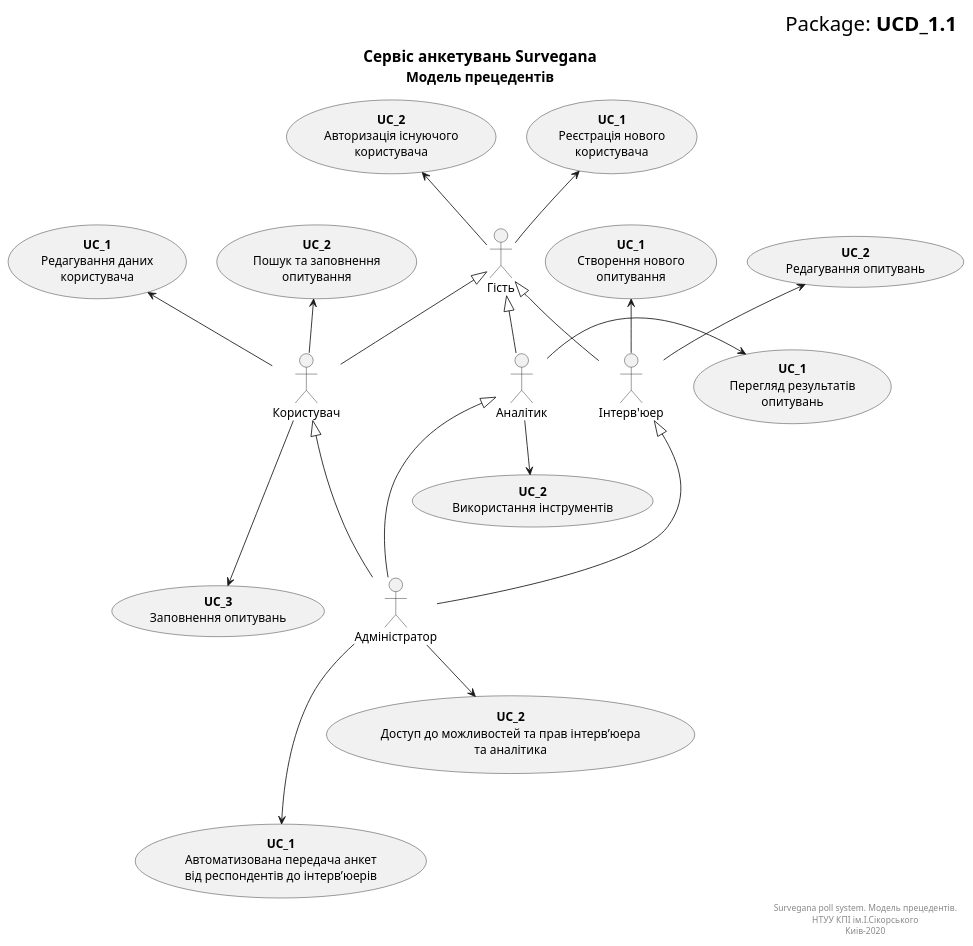
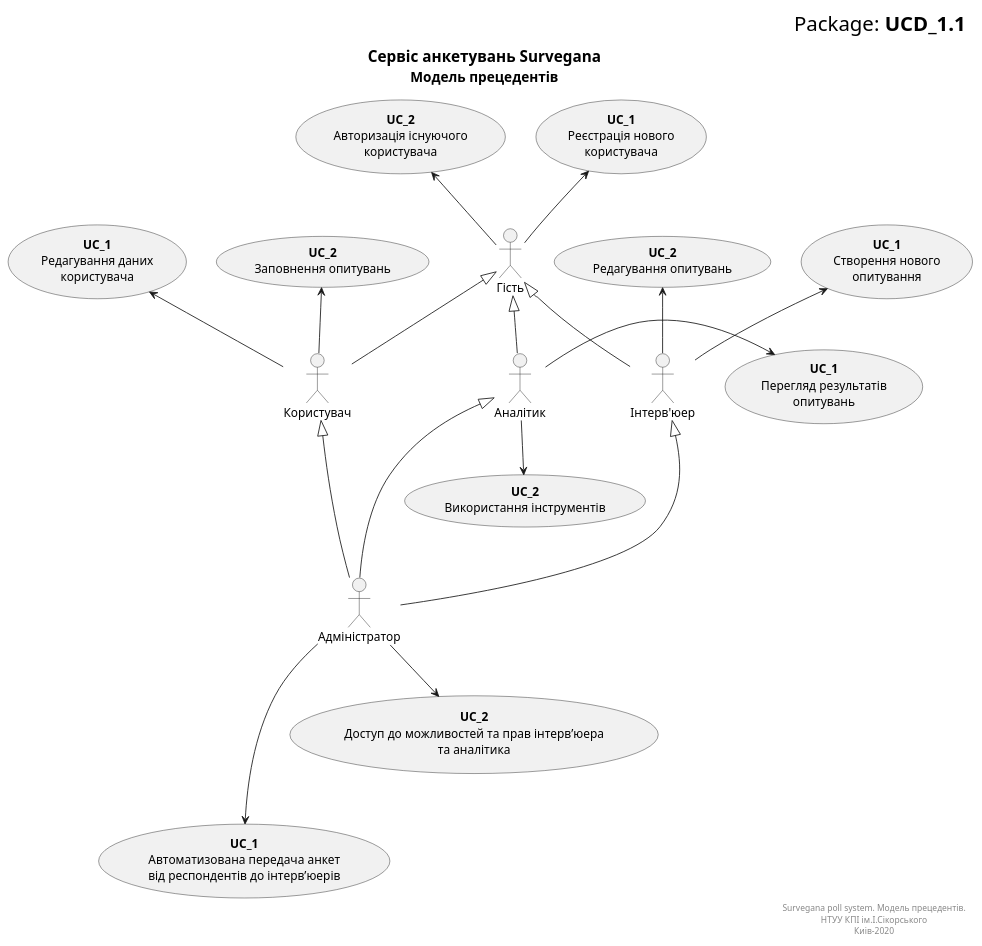
The diagram in src/uml/MainModel.puml (NothingIsMatter/database_basics_template), drawn with PlantUML before and after one commit. The commit also changed 2 other files, not shown here.

```diff
--- a/src/uml/MainModel.puml
+++ b/src/uml/MainModel.puml
@@ -1,70 +1,68 @@
 @startuml
 right header
 <font size=24 color=black>Package: <b>UCD_1.1
 end header
 
 title
 <font size=18 color=black>Сервіс анкетувань Survegana
 <font size=16 color=black>Модель прецедентів
 end title
 
 actor "Гість" as Guest
 actor "Користувач" as User
 actor "Аналітик" as Analyst
 actor "Інтерв'юер" as Interviewer
 actor "Адміністратор" as Admin
 
 ' UCes for Guest:
 usecase "<b>UC_1</b>\nРеєстрація нового\nкористувача" as UC1_Guest
 usecase "<b>UC_2</b>\nАвторизація існуючого\nкористувача" as UC2_Guest
 
 ' UCes for User:
 usecase "<b>UC_1</b>\nРедагування даних\nкористувача" as UC1_User
-usecase "<b>UC_2</b>\nПошук та заповнення\nопитування" as UC2_User
-usecase "<b>UC_3</b>\nЗаповнення опитувань" as UC3_User
+usecase "<b>UC_2</b>\nЗаповнення опитувань" as UC2_User
 
 ' UCes for Analyst:
 usecase "<b>UC_1</b>\nПерегляд результатів\nопитувань" as UC1_Analyst
 usecase "<b>UC_2</b>\nВикористання інструментів" as UC2_Analyst
 
 
 ' UCes for Interviewer:
 usecase "<b>UC_1</b>\nСтворення нового\nопитування" as UC1_Interviewer
 usecase "<b>UC_2</b>\nРедагування опитувань" as UC2_Interviewer
 
 ' UCes for Admin:
 usecase "<b>UC_1</b>\nАвтоматизована передача анкет\nвід респондентів до інтерв’юерів" as UC1_Admin
 usecase "<b>UC_2</b>\nДоступ до можливостей та прав інтерв’юера\nта аналітика" as UC2_Admin
 
 ' Actors connections
 User -u-|> Guest
 Interviewer -u-|> Guest
 Analyst -u-|> Guest
 
 Admin -u--|> User
 Admin -u--|> Interviewer
 Admin -u--|> Analyst
 
 ' UCes connectios
 Guest -u-> UC1_Guest
 Guest -u-> UC2_Guest
 
 User -u-> UC1_User
 User -u-> UC2_User
-User -d--> UC3_User
 
 Analyst -r-> UC1_Analyst
 Analyst -d-> UC2_Analyst
 
 Interviewer -u-> UC1_Interviewer
 Interviewer -u-> UC2_Interviewer
 
 Admin -d--> UC1_Admin
 Admin -d-> UC2_Admin
 
 right footer
 Survegana poll system. Модель прецедентів.
 НТУУ КПІ ім.І.Сікорського
 Киів-2020
 end footer
 @enduml
```
